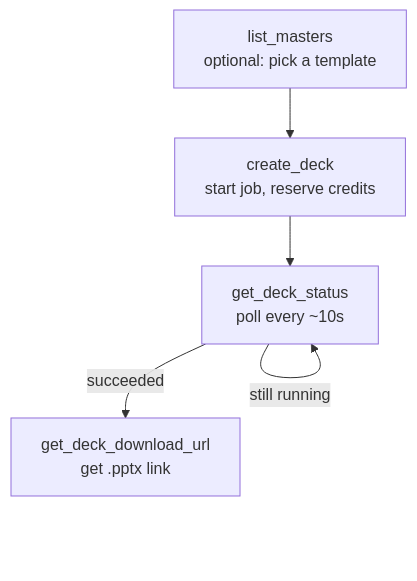
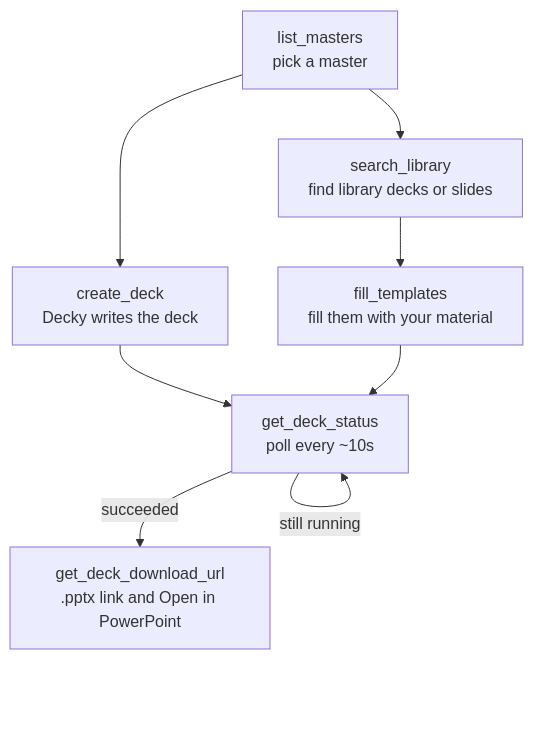
One commit to M-Nitsche/decky-docs changed the diagram in tools/index.mdx. Above: the diagram before and after it, drawn with Mermaid. The commit also changed other lines of this file and 16 other files, not shown here.

````diff
--- a/tools/index.mdx
+++ b/tools/index.mdx
@@ -14,7 +16,10 @@
 ```mermaid
 flowchart TD
-    A[list_masters<br/>optional: pick a template] --> B[create_deck<br/>start job, reserve credits]
+    A[list_masters<br/>pick a master] --> B[create_deck<br/>Decky writes the deck]
+    A --> L[search_library<br/>find library decks or slides]
+    L --> F[fill_templates<br/>fill them with your material]
     B --> C[get_deck_status<br/>poll every ~10s]
-    C -->|succeeded| D[get_deck_download_url<br/>get .pptx link]
+    F --> C
+    C -->|succeeded| D[get_deck_download_url<br/>.pptx link and Open in PowerPoint]
     C -->|still running| C
 ```
````
